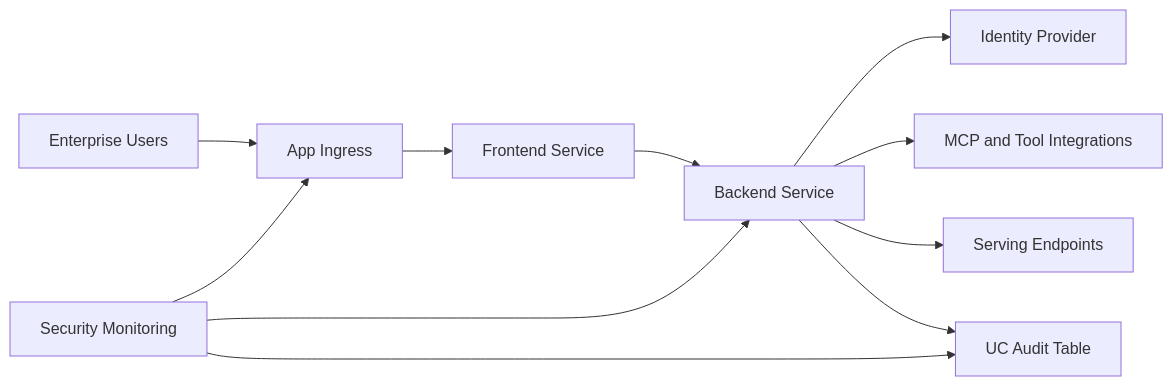
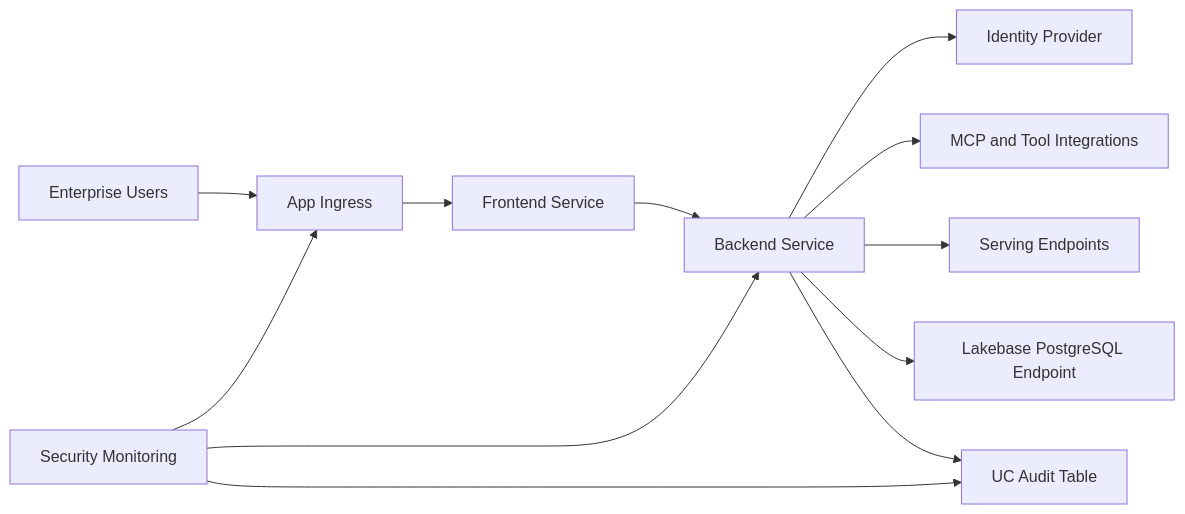
Diagram 19 of 22 in docs/architecture/design-artifacts/00-architecture-board-review.md (wchen-dea/Governed-Multi-Agent-Intelligence-on-Databricks), drawn with Mermaid before and after one commit. The commit also changed other lines of this file and 9 other files, not shown here.

````diff
--- a/docs/architecture/design-artifacts/00-architecture-board-review.md
+++ b/docs/architecture/design-artifacts/00-architecture-board-review.md
@@ -338,15 +342,16 @@
 ```mermaid
 flowchart LR
     User[Enterprise Users] --> Ingress[App Ingress]
     Ingress --> FE[Frontend Service]
     FE --> BE[Backend Service]
 
     BE --> IDP[Identity Provider]
     BE --> MCP[MCP and Tool Integrations]
     BE --> SEP[Serving Endpoints]
+    BE --> LB[Lakebase PostgreSQL Endpoint]
     BE --> UC[UC Audit Table]
 
     SEC[Security Monitoring] --> Ingress
     SEC --> BE
     SEC --> UC
 ```
````
